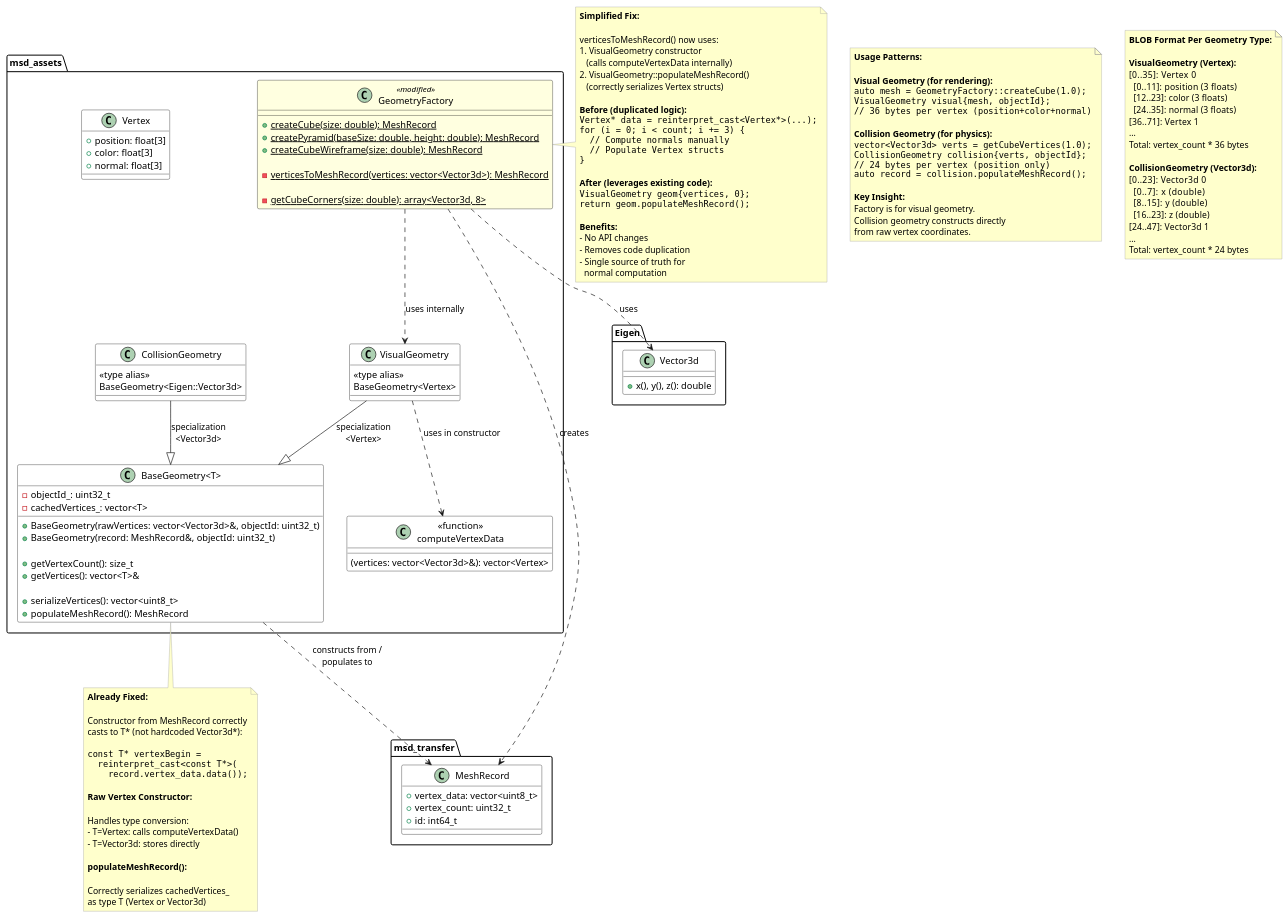
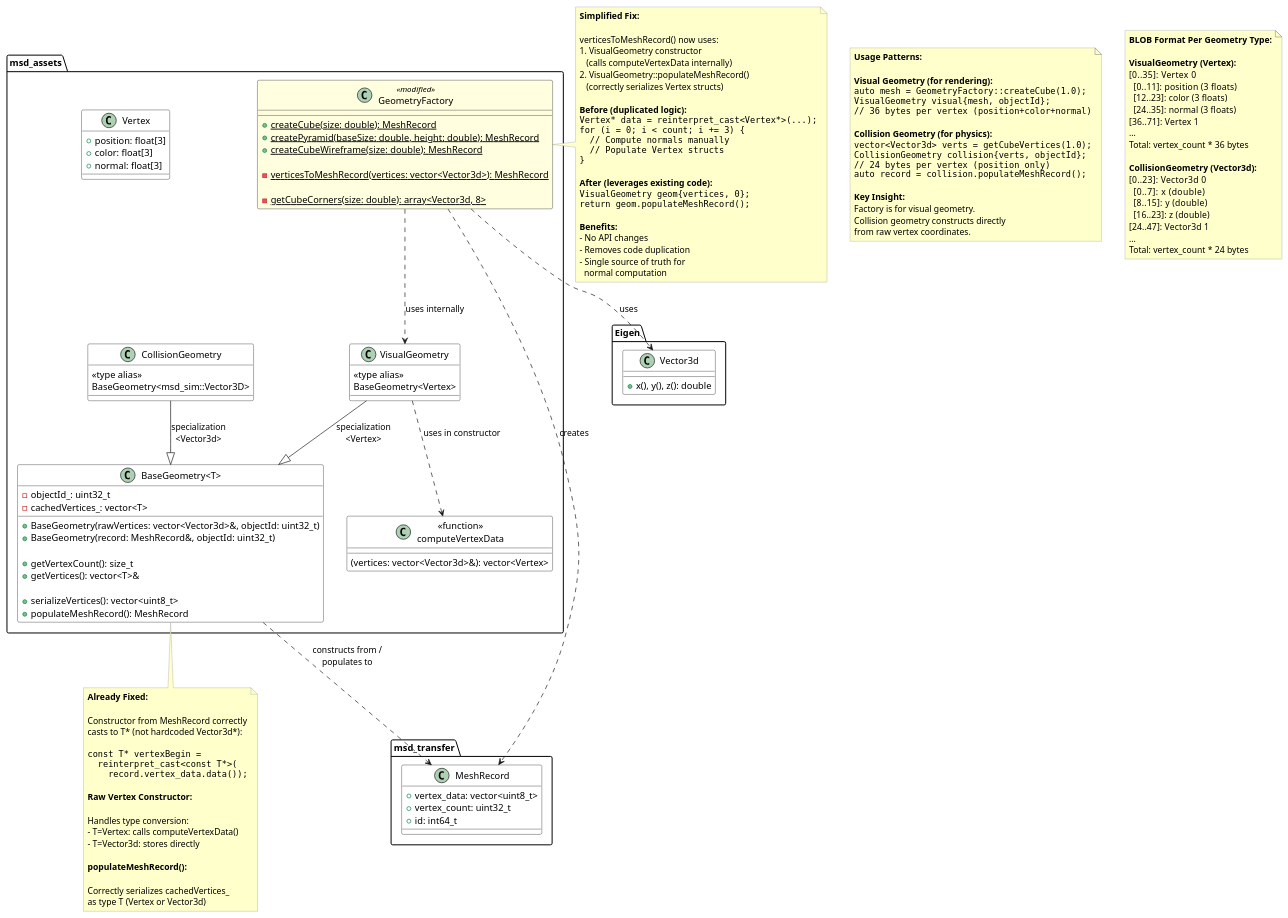
Before and after one commit to danielnewman09/MSD-CPP: the diagram in docs/designs/geometry-factory-type-safety/geometry-factory-type-safety.puml, drawn with PlantUML. The commit also changed 102 other files, not shown here.

```diff
--- a/docs/designs/geometry-factory-type-safety/geometry-factory-type-safety.puml
+++ b/docs/designs/geometry-factory-type-safety/geometry-factory-type-safety.puml
@@ -64,7 +64,7 @@
 
     class CollisionGeometry {
         <<type alias>>
-        BaseGeometry<Eigen::Vector3d>
+        BaseGeometry<msd_sim::Vector3D>
     }
 
     class Vertex {
```
